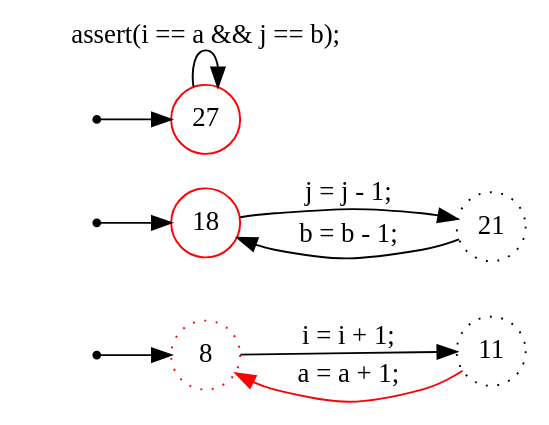
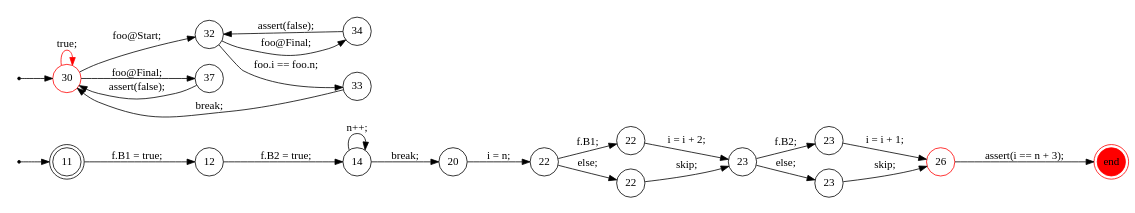
Before and after one commit to samilazregsuidi/Daedalux: the diagram in trace/33.dot, drawn with Graphviz. The commit also changed 63 other files, not shown here.

```diff
--- a/trace/33.dot
+++ b/trace/33.dot
@@ -1,23 +1,48 @@
 digraph finite_state_machine {
 	rankdir=LR
 	size="8,5"
-	94105801518480 [label = 8, shape = doublecircle, color = red, fixedsize = true]; 
-	s94105801518480 [shape = point];
-	94105801510576 [label = 18, shape = doublecircle, color = red, fixedsize = true]; 
-	s94105801510576 [shape = point];
-	94105801511488 [label = 27, shape = doublecircle, color = red, fixedsize = true]; 
-	s94105801511488 [shape = point];
-	 94105801518480 [label = 8, shape = circle, color = red, fixedsize = true , style = dotted];
-	 94105801510304 [label = 11, shape = circle, fixedsize = true , style = dotted];
-	 94105801510576 [label = 18, shape = circle, color = red, fixedsize = true ];
-	 94105801511184 [label = 21, shape = circle, fixedsize = true , style = dotted];
-	 94105801511488 [label = 27, shape = circle, color = red, fixedsize = true ];
-	s94105801518480 -> 94105801518480;
-	s94105801510576 -> 94105801510576;
-	s94105801511488 -> 94105801511488;
-	94105801518480 -> 94105801510304 [ label = "i = i + 1; "];
-	94105801510304 -> 94105801518480 [color = red, label = "a = a + 1; "];
-	94105801510576 -> 94105801511184 [ label = "j = j - 1; "];
-	94105801511184 -> 94105801510576 [ label = "b = b - 1; "];
-	94105801511488 -> 94105801511488 [ label = "assert(i == a && j == b); "];
+	93824993311008 [label = 11, shape = doublecircle, fixedsize = true]; 
+	s93824993311008 [shape = point];
+	93824993307216 [label = 30, shape = doublecircle, color = red, fixedsize = true]; 
+	s93824993307216 [shape = point];
+	e93824993306544 [shape = doublecircle, fixedsize = true, style = filled, color = red,  label = end];
+	 93824993312480 [label = 12, shape = circle, fixedsize = true ];
+	 93824993302560 [label = 14, shape = circle, fixedsize = true ];
+	 93824993303360 [label = 20, shape = circle, fixedsize = true ];
+	 93824993303680 [label = 22, shape = circle, fixedsize = true ];
+	 93824993304480 [label = 22, shape = circle, fixedsize = true ];
+	 93824993305200 [label = 22, shape = circle, fixedsize = true ];
+	 93824993304992 [label = 23, shape = circle, fixedsize = true ];
+	 93824993306032 [label = 23, shape = circle, fixedsize = true ];
+	 93824993306752 [label = 23, shape = circle, fixedsize = true ];
+	 93824993306544 [label = 26, shape = circle, color = red, fixedsize = true ];
+	 93824993307216 [label = 30, shape = circle, color = red, fixedsize = true ];
+	 93824993307984 [label = 32, shape = circle, fixedsize = true ];
+	 93824993308816 [label = 33, shape = circle, fixedsize = true ];
+	 93824993309536 [label = 34, shape = circle, fixedsize = true ];
+	 93824993310048 [label = 37, shape = circle, fixedsize = true ];
+	s93824993311008 -> 93824993311008;
+	s93824993307216 -> 93824993307216;
+	93824993311008 -> 93824993312480 [ label = "f.B1 = true; "];
+	93824993312480 -> 93824993302560 [ label = "f.B2 = true; "];
+	93824993302560 -> 93824993303360 [ label = "break; "];
+	93824993302560 -> 93824993302560 [ label = "n++; "];
+	93824993303360 -> 93824993303680 [ label = "i = n; "];
+	93824993303680 -> 93824993304480 [ label = "f.B1; "];
+	93824993304480 -> 93824993304992 [ label = "i = i + 2; "];
+	93824993303680 -> 93824993305200 [ label = "else; "];
+	93824993305200 -> 93824993304992 [ label = "skip; "];
+	93824993304992 -> 93824993306032 [ label = "f.B2; "];
+	93824993306032 -> 93824993306544 [ label = "i = i + 1; "];
+	93824993304992 -> 93824993306752 [ label = "else; "];
+	93824993306752 -> 93824993306544 [ label = "skip; "];
+	93824993306544 -> e93824993306544 [ label = "assert(i == n + 3); "];
+	93824993307216 -> 93824993307984 [ label = "foo@Start; "];
+	93824993307984 -> 93824993308816 [ label = "foo.i == foo.n; "];
+	93824993308816 -> 93824993307216 [ label = "break; "];
+	93824993307984 -> 93824993309536 [ label = "foo@Final; "];
+	93824993309536 -> 93824993307984 [ label = "assert(false); "];
+	93824993307216 -> 93824993310048 [ label = "foo@Final; "];
+	93824993310048 -> 93824993307216 [ label = "assert(false); "];
+	93824993307216 -> 93824993307216 [color = red, label = "true; "];
 }
```
